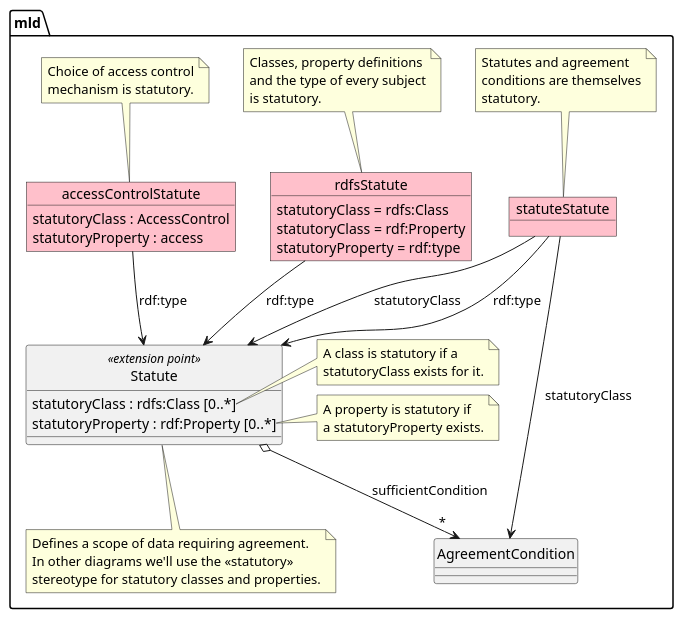
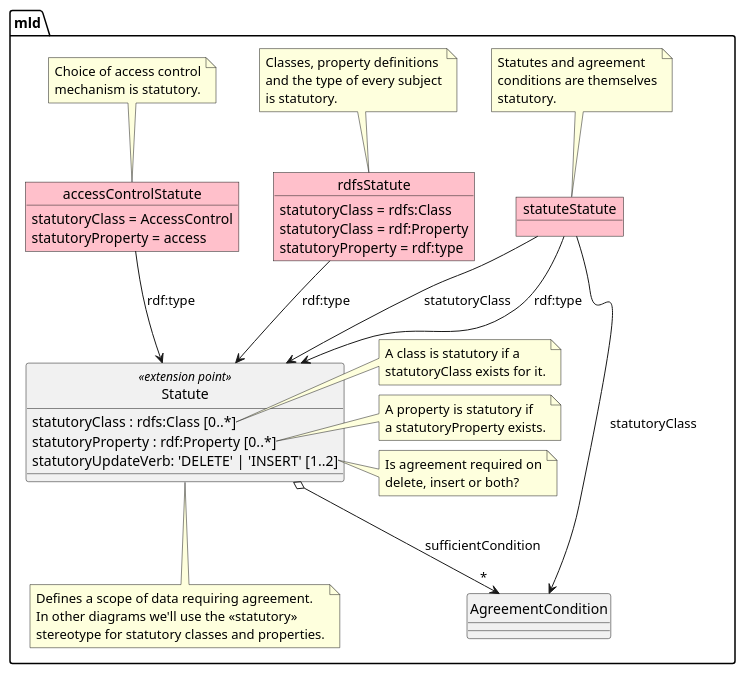
Before and after one commit to m-ld/m-ld-security-spec: the diagram in design/statute.class.puml, drawn with PlantUML. The commit also changed 12 other files, not shown here.

Commit message:
#3: Data-driven authorisation prototype thinking Refinements to design Mindmap images

```diff
--- a/design/statute.class.puml
+++ b/design/statute.class.puml
@@ -1,65 +1,70 @@
 @startuml
 'https://plantuml.com/object-diagram
 
 hide circle
 
 skinparam object {
   BackgroundColor Pink
 }
 
 package mld {
 
 class Statute <<extension point>> {
   statutoryClass : rdfs:Class [0..*]
   statutoryProperty : rdf:Property [0..*]
+  statutoryUpdateVerb: 'DELETE' | 'INSERT' [1..2]
 }
 note bottom
 Defines a scope of data requiring agreement.
 In other diagrams we'll use the <<statutory>>
 stereotype for statutory classes and properties.
 end note
 note right of Statute::statutoryClass
 A class is statutory if a
 statutoryClass exists for it.
 end note
 note right of Statute::statutoryProperty
 A property is statutory if
 a statutoryProperty exists.
+end note
+note right of Statute::statutoryUpdateVerb
+Is agreement required on
+delete, insert or both?
 end note
 
 Statute o--> "*" AgreementCondition : sufficientCondition
 
 object statuteStatute
 note top
 Statutes and agreement
 conditions are themselves
 statutory.
 end note
 statuteStatute --> Statute : statutoryClass
 statuteStatute --> Statute : rdf:type
 statuteStatute --> AgreementCondition : statutoryClass
 
 object rdfsStatute {
   statutoryClass = rdfs:Class
   statutoryClass = rdf:Property
   statutoryProperty = rdf:type
 }
 note top
   Classes, property definitions
   and the type of every subject
   is statutory.
 end note
 rdfsStatute --> Statute : rdf:type
 
 object accessControlStatute {
-  statutoryClass : AccessControl
-  statutoryProperty : access
+  statutoryClass = AccessControl
+  statutoryProperty = access
 }
 note top
   Choice of access control
   mechanism is statutory.
 end note
 accessControlStatute --> Statute : rdf:type
 
 }
 @enduml
```
